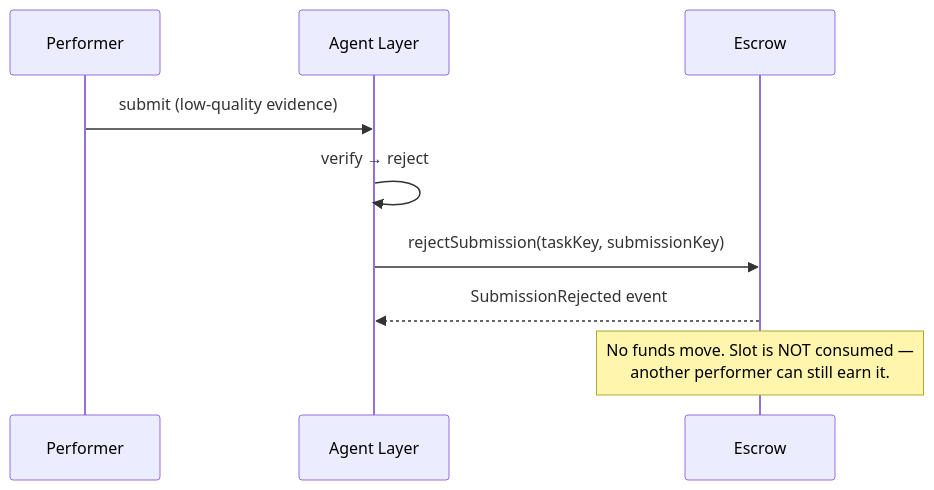
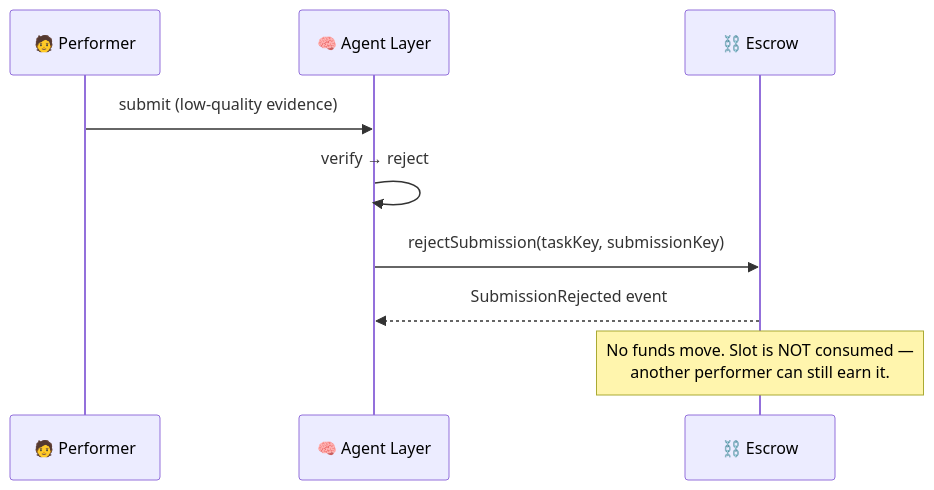
One commit to Good-for-human/beesi.ai-agent-bounty-market changed the second of 5 diagrams in WORKFLOWS.md. Above: the diagram before and after it, drawn with Mermaid. The commit also changed other lines of this file and 11 other files, not shown here.

````diff
--- a/WORKFLOWS.md
+++ b/WORKFLOWS.md
@@ -44,12 +44,12 @@
 ```mermaid
 sequenceDiagram
-  participant Sup as Performer
-  participant Agent as Agent Layer
-  participant Chain as Escrow
+  participant Sup as 🧑 Performer
+  participant Agent as 🧠 Agent Layer
+  participant Chain as ⛓️ Escrow
 
   Sup->>Agent: submit (low-quality evidence)
   Agent->>Agent: verify → reject
   Agent->>Chain: rejectSubmission(taskKey, submissionKey)
   Chain-->>Agent: SubmissionRejected event
   Note over Chain: No funds move. Slot is NOT consumed —<br/>another performer can still earn it.
 ```
````
